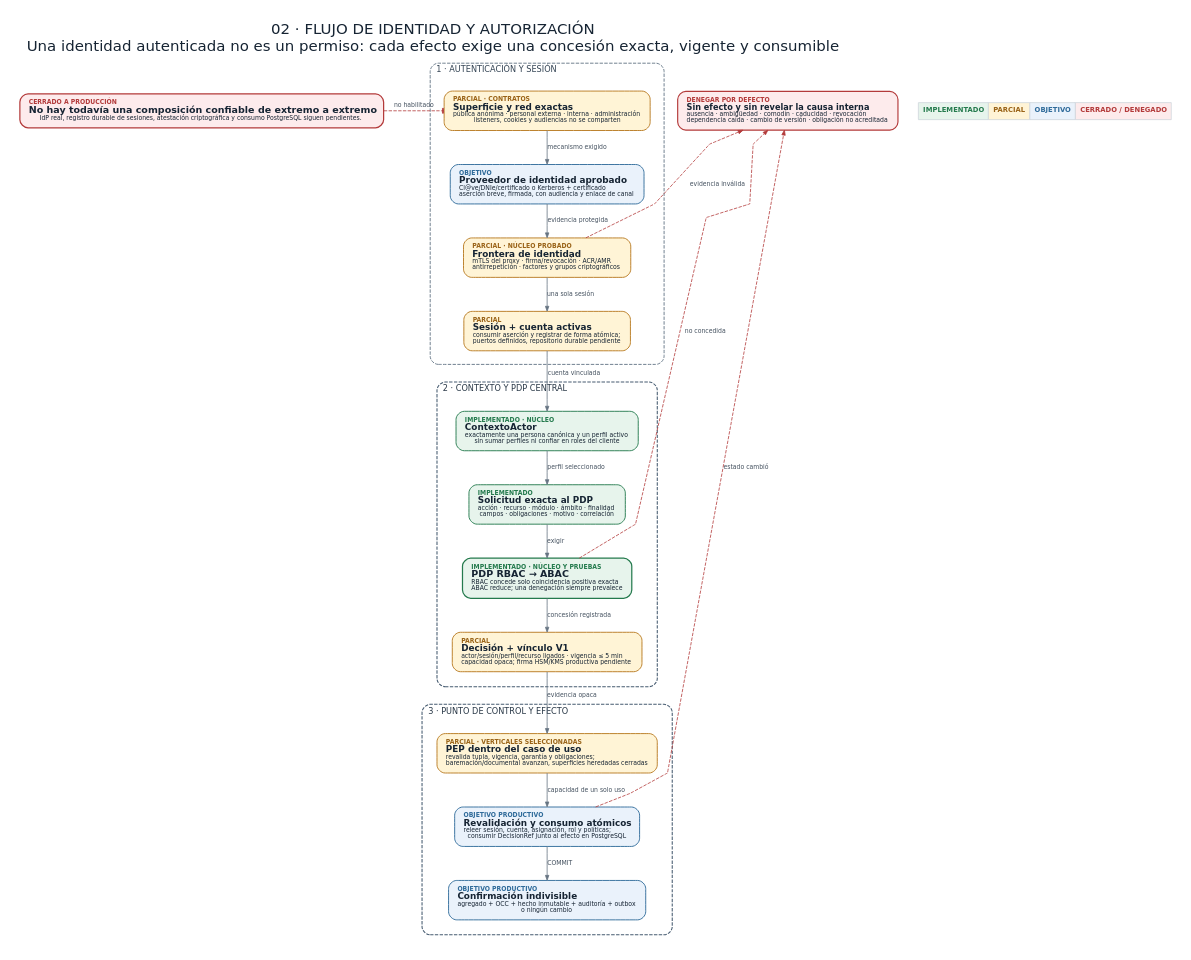
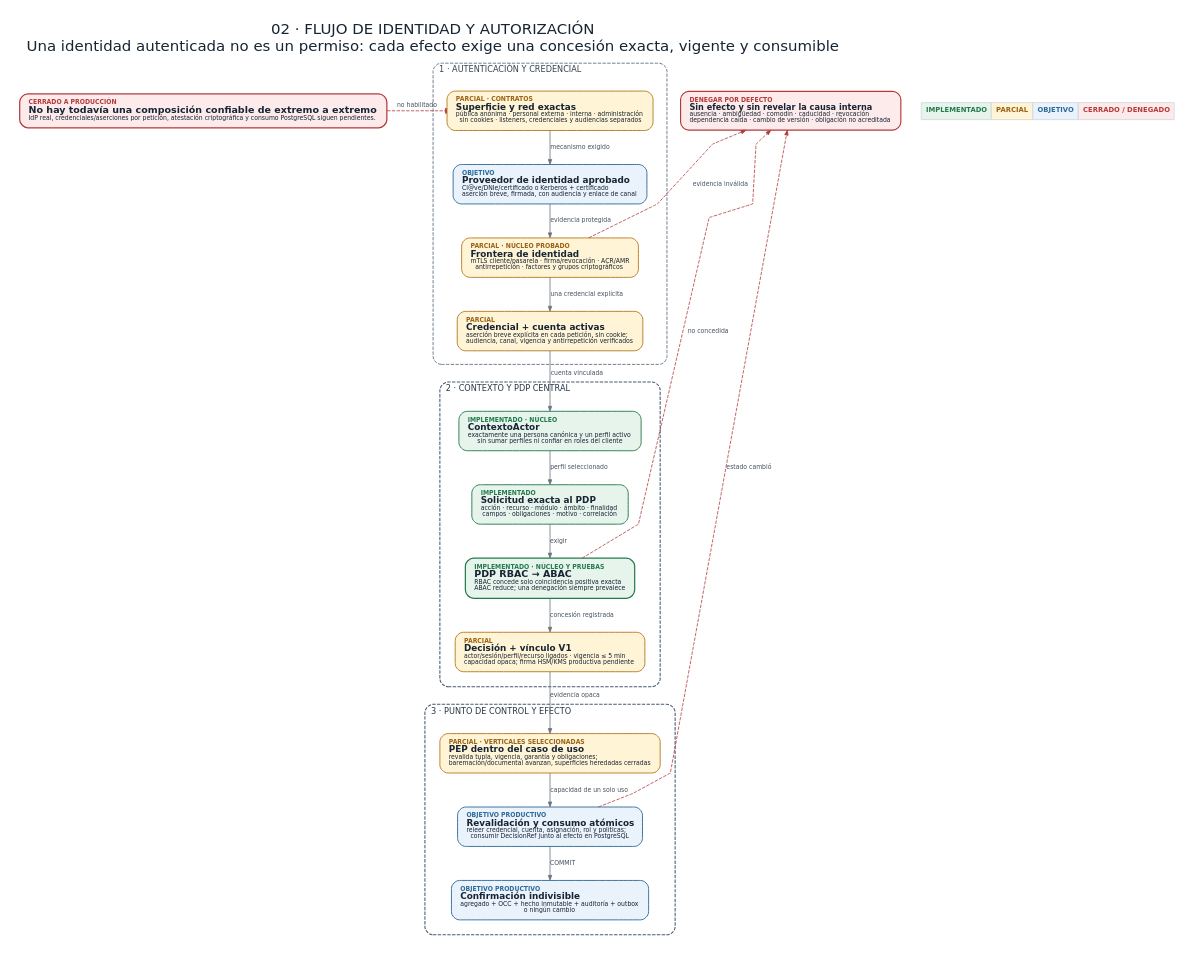
The diagram in docs/comite_seguridad/diagramas/02_flujo_identidad_autorizacion.dot (aavidad/VEC_Diputacion_app), drawn with Graphviz before and after one commit. The commit also changed 5 other files, not shown here.

Commit message:
documentacion: alinear la identidad sin cookies

```diff
--- a/docs/comite_seguridad/diagramas/02_flujo_identidad_autorizacion.dot
+++ b/docs/comite_seguridad/diagramas/02_flujo_identidad_autorizacion.dot
@@ -1,160 +1,160 @@
 digraph flujo_identidad_autorizacion {
   graph [
     label="02 · FLUJO DE IDENTIDAD Y AUTORIZACIÓN\nUna identidad autenticada no es un permiso: cada efecto exige una concesión exacta, vigente y consumible",
     labelloc=t,
     labeljust=l,
     fontsize=22,
     fontname="DejaVu Sans",
     fontcolor="#162433",
     bgcolor="#FFFFFF",
     pad=0.30,
     nodesep=0.42,
     ranksep=0.55,
     rankdir=TB,
     newrank=true,
     compound=true,
     splines=polyline
   ];
 
   node [
     shape=box,
     style="rounded,filled",
     fontname="DejaVu Sans",
     fontsize=10,
     fontcolor="#162433",
     color="#5B6775",
     fillcolor="#F5F7FA",
     penwidth=1.35,
     margin="0.18,0.13"
   ];
   edge [
     fontname="DejaVu Sans",
     fontsize=9,
     fontcolor="#44515F",
     color="#667482",
     arrowsize=0.72,
     penwidth=1.15
   ];
 
   cierre [
     color="#B33A3A", fillcolor="#FDEBEC", penwidth=1.8,
-    label=<<FONT COLOR="#B33A3A" POINT-SIZE="9"><B>CERRADO A PRODUCCIÓN</B></FONT><BR ALIGN="LEFT"/><FONT POINT-SIZE="14"><B>No hay todavía una composición confiable de extremo a extremo</B></FONT><BR ALIGN="LEFT"/><FONT POINT-SIZE="9">IdP real, registro durable de sesiones, atestación criptográfica y consumo PostgreSQL siguen pendientes.</FONT>>
+    label=<<FONT COLOR="#B33A3A" POINT-SIZE="9"><B>CERRADO A PRODUCCIÓN</B></FONT><BR ALIGN="LEFT"/><FONT POINT-SIZE="14"><B>No hay todavía una composición confiable de extremo a extremo</B></FONT><BR ALIGN="LEFT"/><FONT POINT-SIZE="9">IdP real, credenciales/aserciones por petición, atestación criptográfica y consumo PostgreSQL siguen pendientes.</FONT>>
   ];
 
   subgraph cluster_identidad {
-    label="1 · AUTENTICACIÓN Y SESIÓN";
+    label="1 · AUTENTICACIÓN Y CREDENCIAL";
     color="#6F7F8F";
     fontcolor="#344454";
     fontname="DejaVu Sans";
     fontsize=12;
     style="rounded,dashed";
     penwidth=1.45;
     margin=20;
 
     superficie [
       color="#B7791F", fillcolor="#FFF4D6",
-      label=<<FONT COLOR="#9A6317" POINT-SIZE="9"><B>PARCIAL · CONTRATOS</B></FONT><BR ALIGN="LEFT"/><FONT POINT-SIZE="13"><B>Superficie y red exactas</B></FONT><BR ALIGN="LEFT"/><FONT POINT-SIZE="9">pública anónima · personal externa · interna · administración<BR ALIGN="LEFT"/>listeners, cookies y audiencias no se comparten</FONT>>
+      label=<<FONT COLOR="#9A6317" POINT-SIZE="9"><B>PARCIAL · CONTRATOS</B></FONT><BR ALIGN="LEFT"/><FONT POINT-SIZE="13"><B>Superficie y red exactas</B></FONT><BR ALIGN="LEFT"/><FONT POINT-SIZE="9">pública anónima · personal externa · interna · administración<BR ALIGN="LEFT"/>sin cookies · listeners, credenciales y audiencias separados</FONT>>
     ];
     idp [
       color="#2F6B9A", fillcolor="#EAF2FB",
       label=<<FONT COLOR="#2F6B9A" POINT-SIZE="9"><B>OBJETIVO</B></FONT><BR ALIGN="LEFT"/><FONT POINT-SIZE="13"><B>Proveedor de identidad aprobado</B></FONT><BR ALIGN="LEFT"/><FONT POINT-SIZE="9">Cl@ve/DNIe/certificado o Kerberos + certificado<BR ALIGN="LEFT"/>aserción breve, firmada, con audiencia y enlace de canal</FONT>>
     ];
     frontera_identidad [
       color="#B7791F", fillcolor="#FFF4D6",
-      label=<<FONT COLOR="#9A6317" POINT-SIZE="9"><B>PARCIAL · NÚCLEO PROBADO</B></FONT><BR ALIGN="LEFT"/><FONT POINT-SIZE="13"><B>Frontera de identidad</B></FONT><BR ALIGN="LEFT"/><FONT POINT-SIZE="9">mTLS del proxy · firma/revocación · ACR/AMR<BR ALIGN="LEFT"/>antirrepetición · factores y grupos criptográficos</FONT>>
+      label=<<FONT COLOR="#9A6317" POINT-SIZE="9"><B>PARCIAL · NÚCLEO PROBADO</B></FONT><BR ALIGN="LEFT"/><FONT POINT-SIZE="13"><B>Frontera de identidad</B></FONT><BR ALIGN="LEFT"/><FONT POINT-SIZE="9">mTLS cliente/pasarela · firma/revocación · ACR/AMR<BR ALIGN="LEFT"/>antirrepetición · factores y grupos criptográficos</FONT>>
     ];
-    sesion [
+    credencial [
       color="#B7791F", fillcolor="#FFF4D6",
-      label=<<FONT COLOR="#9A6317" POINT-SIZE="9"><B>PARCIAL</B></FONT><BR ALIGN="LEFT"/><FONT POINT-SIZE="13"><B>Sesión + cuenta activas</B></FONT><BR ALIGN="LEFT"/><FONT POINT-SIZE="9">consumir aserción y registrar de forma atómica;<BR ALIGN="LEFT"/>puertos definidos, repositorio durable pendiente</FONT>>
+      label=<<FONT COLOR="#9A6317" POINT-SIZE="9"><B>PARCIAL</B></FONT><BR ALIGN="LEFT"/><FONT POINT-SIZE="13"><B>Credencial + cuenta activas</B></FONT><BR ALIGN="LEFT"/><FONT POINT-SIZE="9">aserción breve explícita en cada petición, sin cookie;<BR ALIGN="LEFT"/>audiencia, canal, vigencia y antirrepetición verificados</FONT>>
     ];
 
     superficie -> idp [label="mecanismo exigido"];
     idp -> frontera_identidad [label="evidencia protegida"];
-    frontera_identidad -> sesion [label="una sola sesión"];
+    frontera_identidad -> credencial [label="una credencial explícita"];
   }
 
   subgraph cluster_autorizacion {
     label="2 · CONTEXTO Y PDP CENTRAL";
     color="#465B70";
     fontcolor="#283746";
     fontname="DejaVu Sans";
     fontsize=12;
     style="rounded,dashed";
     penwidth=1.55;
     margin=22;
 
     actor [
       color="#247A4D", fillcolor="#E7F4EC",
       label=<<FONT COLOR="#247A4D" POINT-SIZE="9"><B>IMPLEMENTADO · NÚCLEO</B></FONT><BR ALIGN="LEFT"/><FONT POINT-SIZE="13"><B>ContextoActor</B></FONT><BR ALIGN="LEFT"/><FONT POINT-SIZE="9">exactamente una persona canónica y un perfil activo<BR ALIGN="LEFT"/>sin sumar perfiles ni confiar en roles del cliente</FONT>>
     ];
     solicitud [
       color="#247A4D", fillcolor="#E7F4EC",
       label=<<FONT COLOR="#247A4D" POINT-SIZE="9"><B>IMPLEMENTADO</B></FONT><BR ALIGN="LEFT"/><FONT POINT-SIZE="13"><B>Solicitud exacta al PDP</B></FONT><BR ALIGN="LEFT"/><FONT POINT-SIZE="9">acción · recurso · módulo · ámbito · finalidad<BR ALIGN="LEFT"/>campos · obligaciones · motivo · correlación</FONT>>
     ];
     pdp [
       color="#247A4D", fillcolor="#E7F4EC", penwidth=1.8,
       label=<<FONT COLOR="#247A4D" POINT-SIZE="9"><B>IMPLEMENTADO · NÚCLEO Y PRUEBAS</B></FONT><BR ALIGN="LEFT"/><FONT POINT-SIZE="14"><B>PDP RBAC → ABAC</B></FONT><BR ALIGN="LEFT"/><FONT POINT-SIZE="9">RBAC concede solo coincidencia positiva exacta<BR ALIGN="LEFT"/>ABAC reduce; una denegación siempre prevalece</FONT>>
     ];
     decision [
       color="#B7791F", fillcolor="#FFF4D6",
       label=<<FONT COLOR="#9A6317" POINT-SIZE="9"><B>PARCIAL</B></FONT><BR ALIGN="LEFT"/><FONT POINT-SIZE="13"><B>Decisión + vínculo V1</B></FONT><BR ALIGN="LEFT"/><FONT POINT-SIZE="9">actor/sesión/perfil/recurso ligados · vigencia ≤ 5 min<BR ALIGN="LEFT"/>capacidad opaca; firma HSM/KMS productiva pendiente</FONT>>
     ];
 
     actor -> solicitud [label="perfil seleccionado"];
     solicitud -> pdp [label="exigir"];
     pdp -> decision [label="concesión registrada"];
   }
 
   subgraph cluster_efecto {
     label="3 · PUNTO DE CONTROL Y EFECTO";
     color="#465B70";
     fontcolor="#283746";
     fontname="DejaVu Sans";
     fontsize=12;
     style="rounded,dashed";
     penwidth=1.55;
     margin=22;
 
     pep [
       color="#B7791F", fillcolor="#FFF4D6",
       label=<<FONT COLOR="#9A6317" POINT-SIZE="9"><B>PARCIAL · VERTICALES SELECCIONADAS</B></FONT><BR ALIGN="LEFT"/><FONT POINT-SIZE="13"><B>PEP dentro del caso de uso</B></FONT><BR ALIGN="LEFT"/><FONT POINT-SIZE="9">revalida tupla, vigencia, garantía y obligaciones;<BR ALIGN="LEFT"/>baremación/documental avanzan, superficies heredadas cerradas</FONT>>
     ];
     transaccion [
       color="#2F6B9A", fillcolor="#EAF2FB",
-      label=<<FONT COLOR="#2F6B9A" POINT-SIZE="9"><B>OBJETIVO PRODUCTIVO</B></FONT><BR ALIGN="LEFT"/><FONT POINT-SIZE="13"><B>Revalidación y consumo atómicos</B></FONT><BR ALIGN="LEFT"/><FONT POINT-SIZE="9">releer sesión, cuenta, asignación, rol y políticas;<BR ALIGN="LEFT"/>consumir DecisionRef junto al efecto en PostgreSQL</FONT>>
+      label=<<FONT COLOR="#2F6B9A" POINT-SIZE="9"><B>OBJETIVO PRODUCTIVO</B></FONT><BR ALIGN="LEFT"/><FONT POINT-SIZE="13"><B>Revalidación y consumo atómicos</B></FONT><BR ALIGN="LEFT"/><FONT POINT-SIZE="9">releer credencial, cuenta, asignación, rol y políticas;<BR ALIGN="LEFT"/>consumir DecisionRef junto al efecto en PostgreSQL</FONT>>
     ];
     efecto [
       color="#2F6B9A", fillcolor="#EAF2FB",
       label=<<FONT COLOR="#2F6B9A" POINT-SIZE="9"><B>OBJETIVO PRODUCTIVO</B></FONT><BR ALIGN="LEFT"/><FONT POINT-SIZE="13"><B>Confirmación indivisible</B></FONT><BR ALIGN="LEFT"/><FONT POINT-SIZE="9">agregado + OCC + hecho inmutable + auditoría + outbox<BR ALIGN="LEFT"/>o ningún cambio</FONT>>
     ];
 
     pep -> transaccion [label="capacidad de un solo uso"];
     transaccion -> efecto [label="COMMIT"];
   }
 
-  sesion -> actor [label="cuenta vinculada"];
+  credencial -> actor [label="cuenta vinculada"];
   decision -> pep [label="evidencia opaca"];
   cierre -> superficie [style=dashed, color="#B33A3A", arrowhead=tee, label="no habilitado", constraint=false];
 
   denegar [
     color="#B33A3A", fillcolor="#FDEBEC", penwidth=1.7,
     label=<<FONT COLOR="#B33A3A" POINT-SIZE="9"><B>DENEGAR POR DEFECTO</B></FONT><BR ALIGN="LEFT"/><FONT POINT-SIZE="12"><B>Sin efecto y sin revelar la causa interna</B></FONT><BR ALIGN="LEFT"/><FONT POINT-SIZE="9">ausencia · ambigüedad · comodín · caducidad · revocación<BR ALIGN="LEFT"/>dependencia caída · cambio de versión · obligación no acreditada</FONT>>
   ];
   frontera_identidad -> denegar [style=dashed, color="#B33A3A", label="evidencia inválida", constraint=false];
   pdp -> denegar [style=dashed, color="#B33A3A", label="no concedida", constraint=false];
   transaccion -> denegar [style=dashed, color="#B33A3A", label="estado cambió", constraint=false];
 
   leyenda [
     shape=plain,
     margin=0,
     label=<<TABLE BORDER="0" CELLBORDER="1" CELLSPACING="0" CELLPADDING="6" COLOR="#CBD2D9">
       <TR>
         <TD BGCOLOR="#E7F4EC"><FONT COLOR="#247A4D"><B>IMPLEMENTADO</B></FONT></TD>
         <TD BGCOLOR="#FFF4D6"><FONT COLOR="#9A6317"><B>PARCIAL</B></FONT></TD>
         <TD BGCOLOR="#EAF2FB"><FONT COLOR="#2F6B9A"><B>OBJETIVO</B></FONT></TD>
         <TD BGCOLOR="#FDEBEC"><FONT COLOR="#B33A3A"><B>CERRADO / DENEGADO</B></FONT></TD>
       </TR>
     </TABLE>>
   ];
   { rank=sink; leyenda; denegar; }
 }
```
